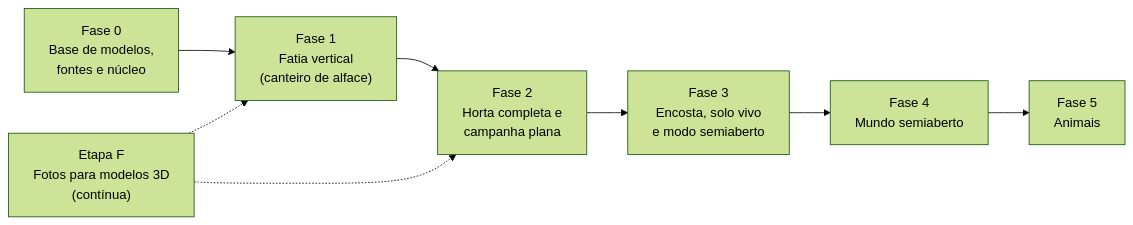
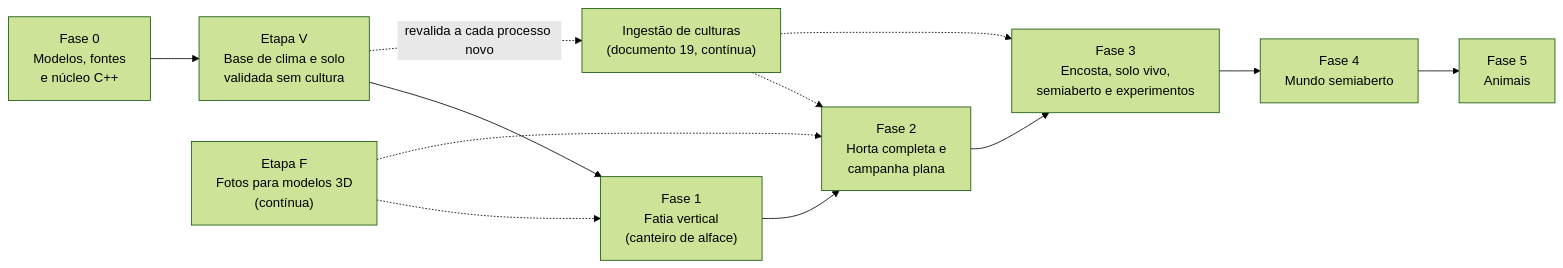
Before and after one commit to pedrooalvess1-glitch/simulador-agro: the diagram in docs/MAPA_DO_PROJETO.md, drawn with Mermaid (forest theme). The commit also changed other lines of this file and 13 other files, not shown here.

First line of the commit message:
docs(docs): base de clima e solo, ingestão de cultura e modo experimento (#5)

````diff
--- a/docs/MAPA_DO_PROJETO.md
+++ b/docs/MAPA_DO_PROJETO.md
@@ -33,10 +33,14 @@
 ```mermaid
 flowchart LR
-  F0["Fase 0<br/>Base de modelos,<br/>fontes e núcleo"] --> F1["Fase 1<br/>Fatia vertical<br/>(canteiro de alface)"]
+  F0["Fase 0<br/>Modelos, fontes<br/>e núcleo C++"] --> V["Etapa V<br/>Base de clima e solo<br/>validada sem cultura"]
+  V --> F1["Fase 1<br/>Fatia vertical<br/>(canteiro de alface)"]
   F1 --> F2["Fase 2<br/>Horta completa e<br/>campanha plana"]
-  F2 --> F3["Fase 3<br/>Encosta, solo vivo<br/>e modo semiaberto"]
+  F2 --> F3["Fase 3<br/>Encosta, solo vivo,<br/>semiaberto e experimentos"]
   F3 --> F4["Fase 4<br/>Mundo semiaberto"]
   F4 --> F5["Fase 5<br/>Animais"]
+  ING["Ingestão de culturas<br/>(documento 19, contínua)"] -.-> F2
+  ING -.-> F3
+  V -.->|revalida a cada processo novo| ING
   ART["Etapa F<br/>Fotos para modelos 3D<br/>(contínua)"] -.-> F1
   ART -.-> F2
 ```
````
